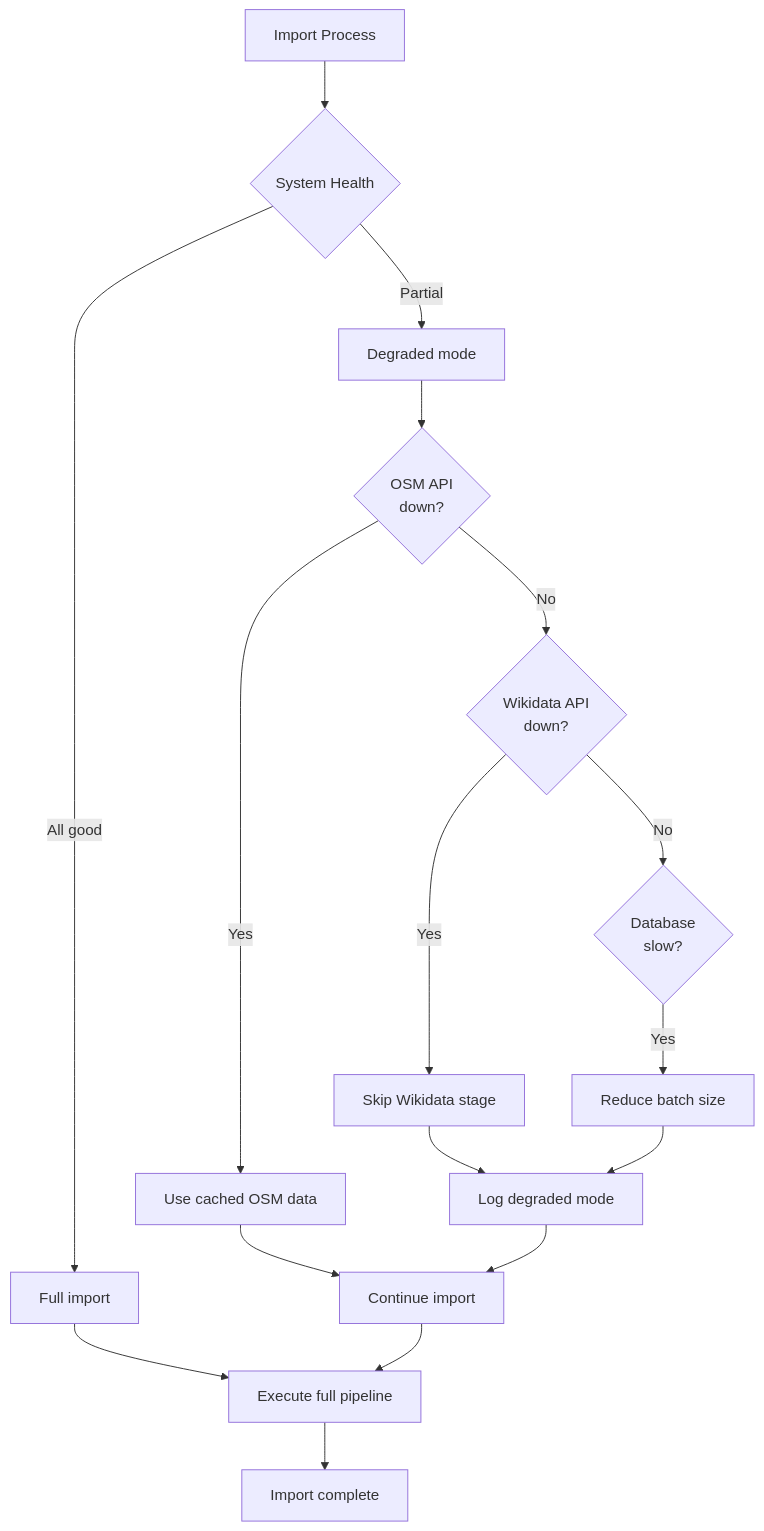
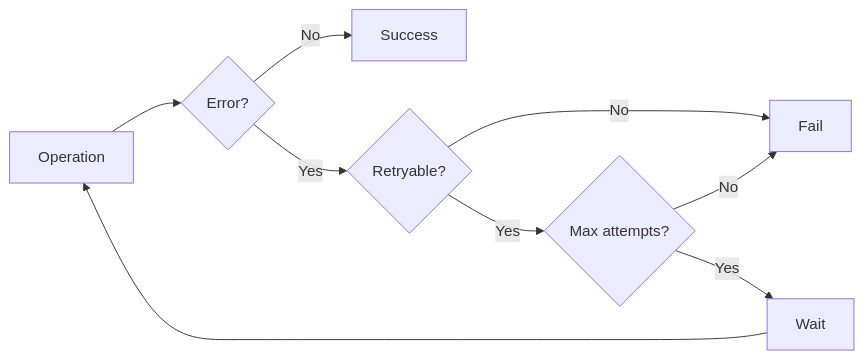
The third of 5 diagrams in docs/import/error-handling.md (DaxServer/geocode-commons-categories), drawn with Mermaid before and after one commit. The commit also changed other lines of this file and 11 other files, not shown here.

````diff
--- a/docs/import/error-handling.md
+++ b/docs/import/error-handling.md
@@ -686,28 +127,11 @@
 ```mermaid
-graph TD
-    START[Import Process] --> HEALTH_CHECK{System Health}
-
-    HEALTH_CHECK -->|All good| FULL[Full import]
-    HEALTH_CHECK -->|Partial| DEGRADED[Degraded mode]
-
-    DEGRADED --> CHECK_1{OSM API<br/>down?}
-
-    CHECK_1 -->|Yes| USE_CACHE[Use cached OSM data]
-    CHECK_1 -->|No| CHECK_2{Wikidata API<br/>down?}
-
-    USE_CACHE --> CONTINUE_IMPORT[Continue import]
-    CHECK_2 -->|Yes| SKIP_WIKIDATA[Skip Wikidata stage]
-    CHECK_2 -->|No| CHECK_3{Database<br/>slow?}
-
-    SKIP_WIKIDATA --> LOG_DEGRADED[Log degraded mode]
-    CHECK_3 -->|Yes| REDUCE_BATCH[Reduce batch size]
-
-    REDUCE_BATCH --> LOG_DEGRADED
-    LOG_DEGRADED --> CONTINUE_IMPORT
-
-    FULL --> IMPORT[Execute full pipeline]
-    CONTINUE_IMPORT --> IMPORT
-
-    IMPORT --> COMPLETE[Import complete]
-
+graph LR
+    OP[Operation] --> ERROR{Error?}
+    ERROR -->|No| SUCCESS[Success]
+    ERROR -->|Yes| RETRY{Retryable?}
+    RETRY -->|No| FAIL[Fail]
+    RETRY -->|Yes| BACKOFF{Max attempts?}
+    BACKOFF -->|Yes| WAIT[Wait]
+    WAIT --> OP
+    BACKOFF -->|No| FAIL
 ```
````
